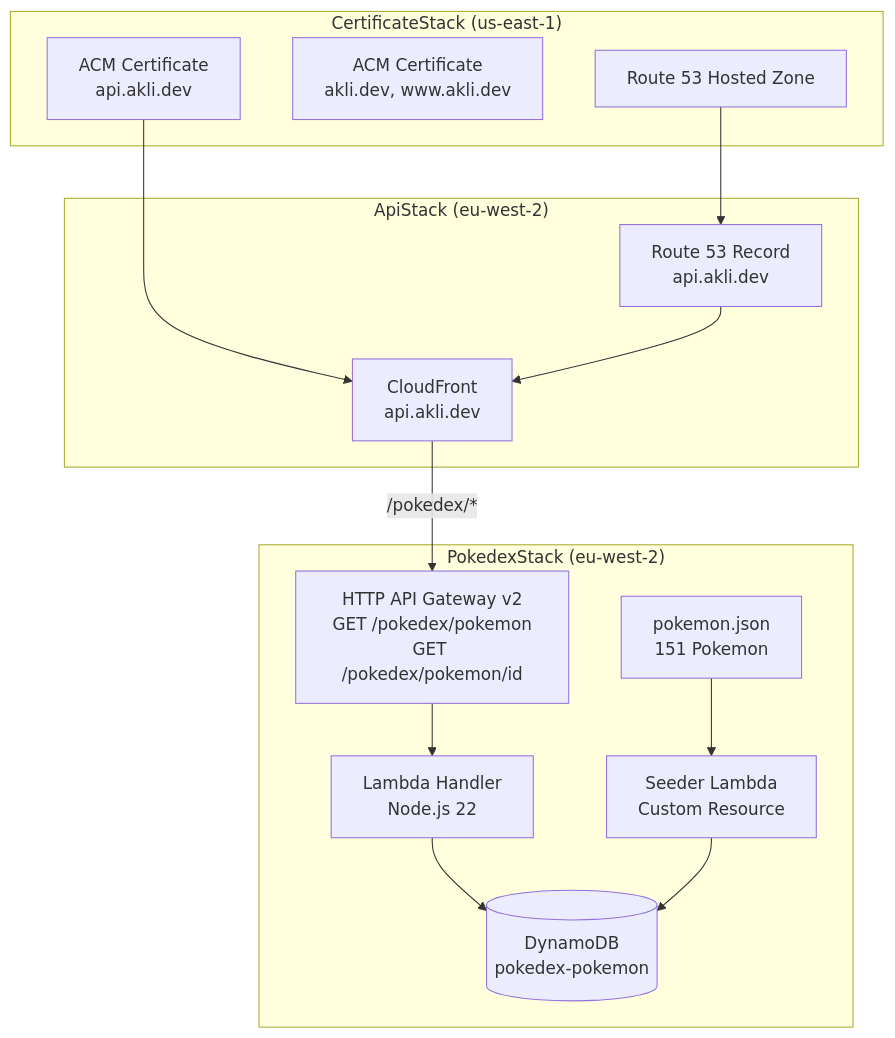
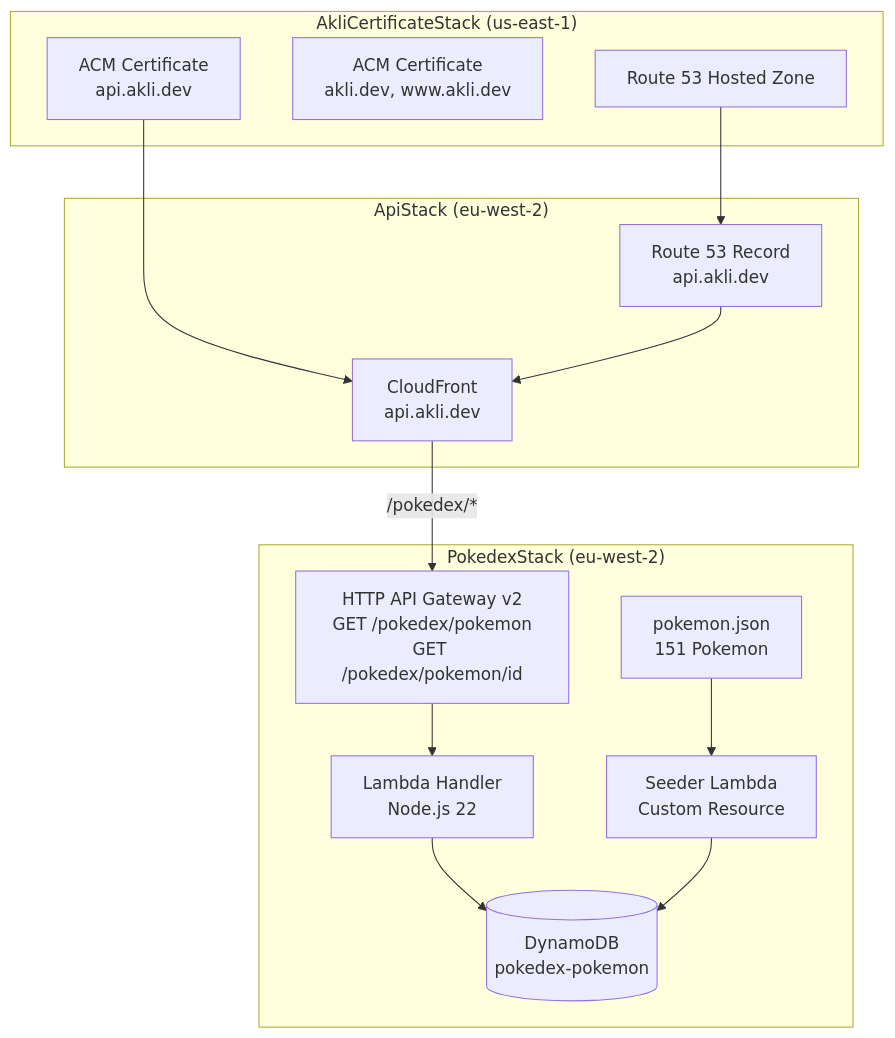
One commit to vandelay87/personal-website changed the diagram in src/pages/Blog/posts/building-a-pokedex.mdx. Above: the diagram before and after it, drawn with Mermaid. The commit also changed other lines of this file, not shown here.

````diff
--- a/src/pages/Blog/posts/building-a-pokedex.mdx
+++ b/src/pages/Blog/posts/building-a-pokedex.mdx
@@ -21,30 +21,30 @@
 ```mermaid
 graph TD
-    subgraph "CertificateStack (us-east-1)"
+    subgraph "AkliCertificateStack (us-east-1)"
         HZ[Route 53 Hosted Zone]
         SC[ACM Certificate<br/>akli.dev, www.akli.dev]
         AC[ACM Certificate<br/>api.akli.dev]
     end
 
     subgraph "PokedexStack (eu-west-2)"
         DDB[(DynamoDB<br/>pokedex-pokemon)]
         LH[Lambda Handler<br/>Node.js 22]
         SL[Seeder Lambda<br/>Custom Resource]
         API[HTTP API Gateway v2<br/>GET /pokedex/pokemon<br/>GET /pokedex/pokemon/id]
         JSON[pokemon.json<br/>151 Pokemon]
     end
 
     subgraph "ApiStack (eu-west-2)"
         CF[CloudFront<br/>api.akli.dev]
         R53[Route 53 Record<br/>api.akli.dev]
     end
 
     AC --> CF
     HZ --> R53
     R53 --> CF
     CF -->|/pokedex/*| API
     API --> LH
     LH --> DDB
     SL --> DDB
     JSON --> SL
 ```
````
